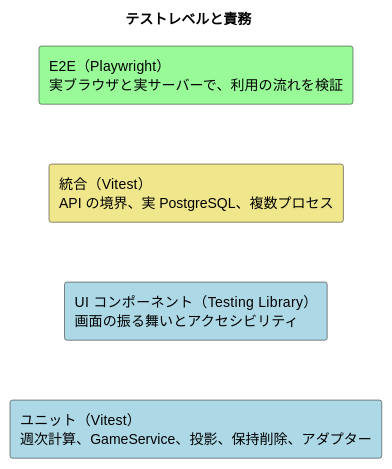
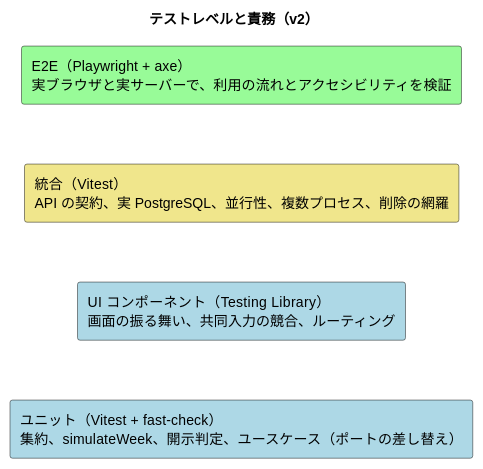
The first of 2 diagrams in docs/design/beer-game2/test-strategy.md (k2works/case-study-beer-game-simulation), drawn with PlantUML before and after one commit. The commit also changed other lines of this file and 5 other files, not shown here.

````diff
--- a/docs/design/beer-game2/test-strategy.md
+++ b/docs/design/beer-game2/test-strategy.md
@@ -62,14 +48,14 @@
 ```plantuml
 @startuml
-title テストレベルと責務
+title テストレベルと責務（v2）
 
-rectangle "E2E（Playwright）\n実ブラウザと実サーバーで、利用の流れを検証" as E2E #palegreen
-rectangle "統合（Vitest）\nAPI の境界、実 PostgreSQL、複数プロセス" as INT #khaki
-rectangle "UI コンポーネント（Testing Library）\n画面の振る舞いとアクセシビリティ" as UI #lightblue
-rectangle "ユニット（Vitest）\n週次計算、GameService、投影、保持削除、アダプター" as UNIT #lightblue
+rectangle "E2E（Playwright + axe）\n実ブラウザと実サーバーで、利用の流れとアクセシビリティを検証" as E2E #palegreen
+rectangle "統合（Vitest）\nAPI の契約、実 PostgreSQL、並行性、複数プロセス、削除の網羅" as INT #khaki
+rectangle "UI コンポーネント（Testing Library）\n画面の振る舞い、共同入力の競合、ルーティング" as UI #lightblue
+rectangle "ユニット（Vitest + fast-check）\n集約、simulateWeek、開示判定、ユースケース（ポートの差し替え）" as UNIT #lightblue
 
 E2E -[hidden]down-> INT
 INT -[hidden]down-> UI
 UI -[hidden]down-> UNIT
 @enduml
 ```
````
